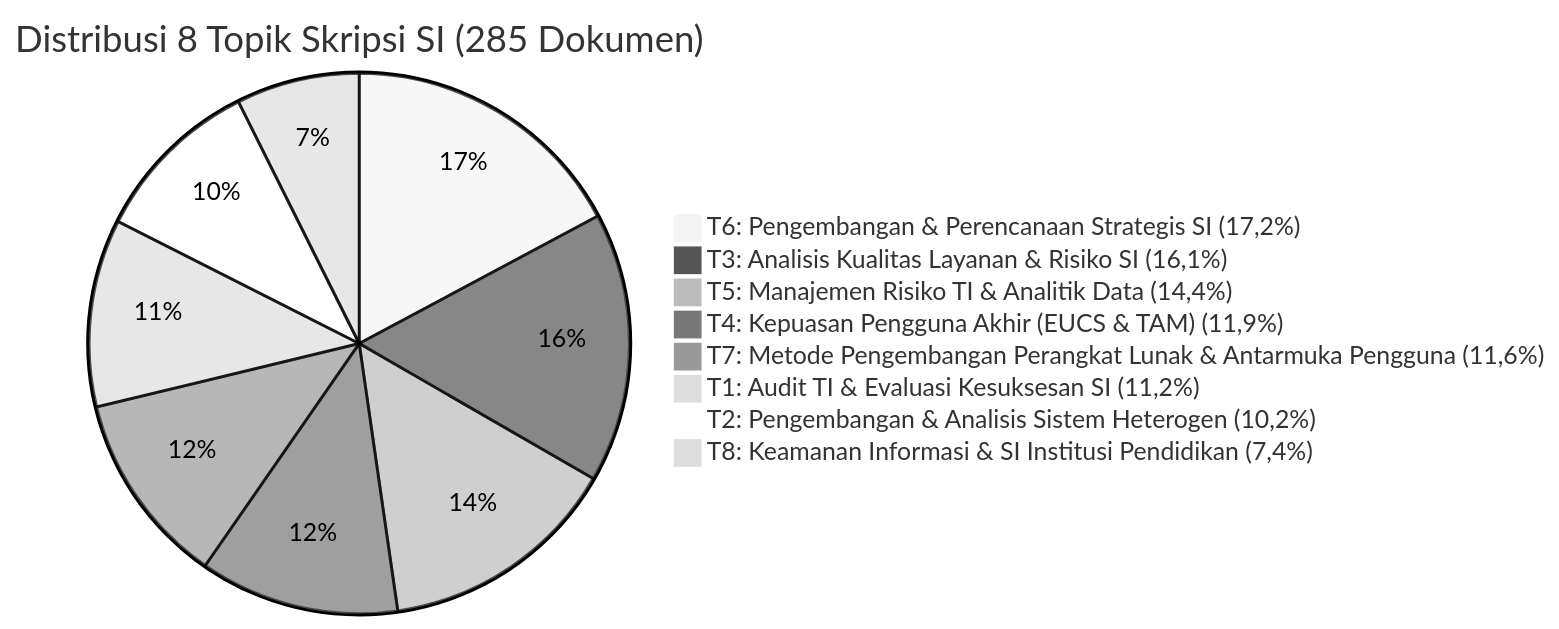
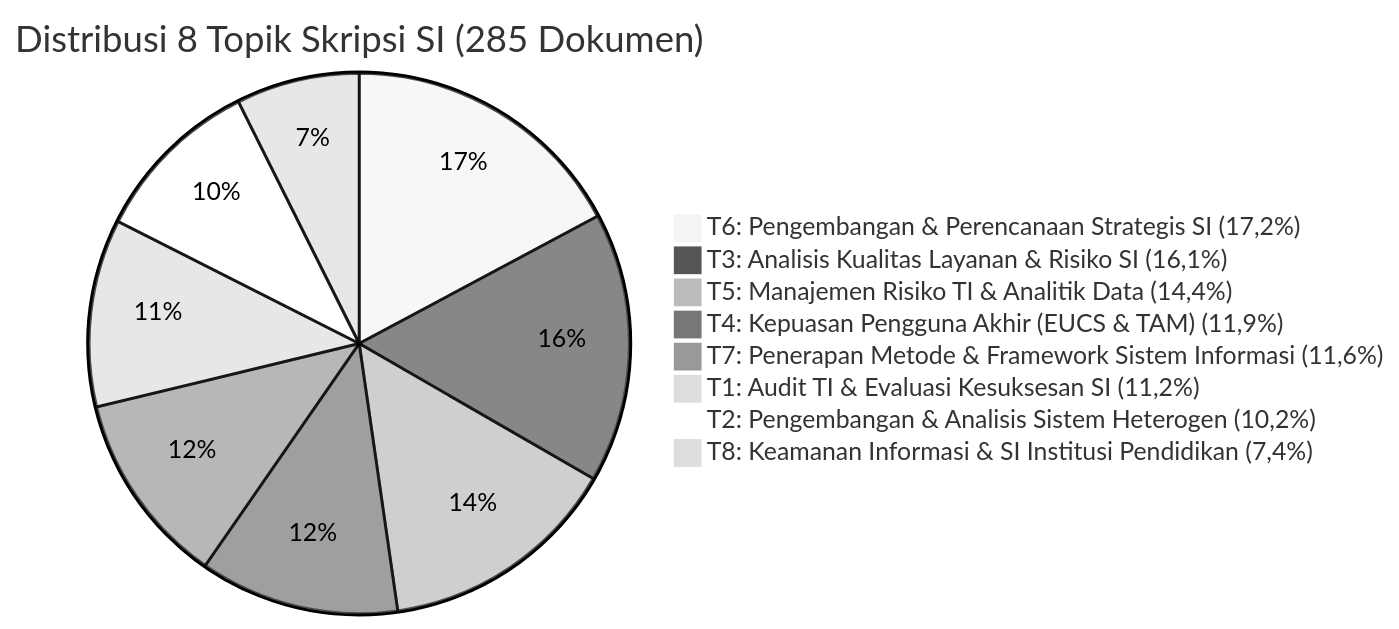
One commit to rifkyoktri-ai/lda-topik-skripsi-si-uinrf changed the diagram in GROUND_TRUTH.md. Above: the diagram before and after it, drawn with Mermaid (neutral theme). The commit also changed other lines of this file and 10 other files, not shown here.

First line of the commit message:
fix(topik): T7 -> "Penerapan Metode & Framework Sistem Informasi" ( Evaluasi ulang klaim )

````diff
--- a/GROUND_TRUTH.md
+++ b/GROUND_TRUTH.md
@@ -61,11 +61,11 @@
 ```mermaid
 pie title Distribusi 8 Topik Skripsi SI (285 Dokumen)
     "T6: Pengembangan & Perencanaan Strategis SI (17,2%)" : 49
     "T3: Analisis Kualitas Layanan & Risiko SI (16,1%)" : 46
     "T5: Manajemen Risiko TI & Analitik Data (14,4%)" : 41
     "T4: Kepuasan Pengguna Akhir (EUCS & TAM) (11,9%)" : 34
-    "T7: Metode Pengembangan Perangkat Lunak & Antarmuka Pengguna (11,6%)" : 33
+    "T7: Penerapan Metode & Framework Sistem Informasi (11,6%)" : 33
     "T1: Audit TI & Evaluasi Kesuksesan SI (11,2%)" : 32
     "T2: Pengembangan & Analisis Sistem Heterogen (10,2%)" : 29
     "T8: Keamanan Informasi & SI Institusi Pendidikan (7,4%)" : 21
 ```
````
